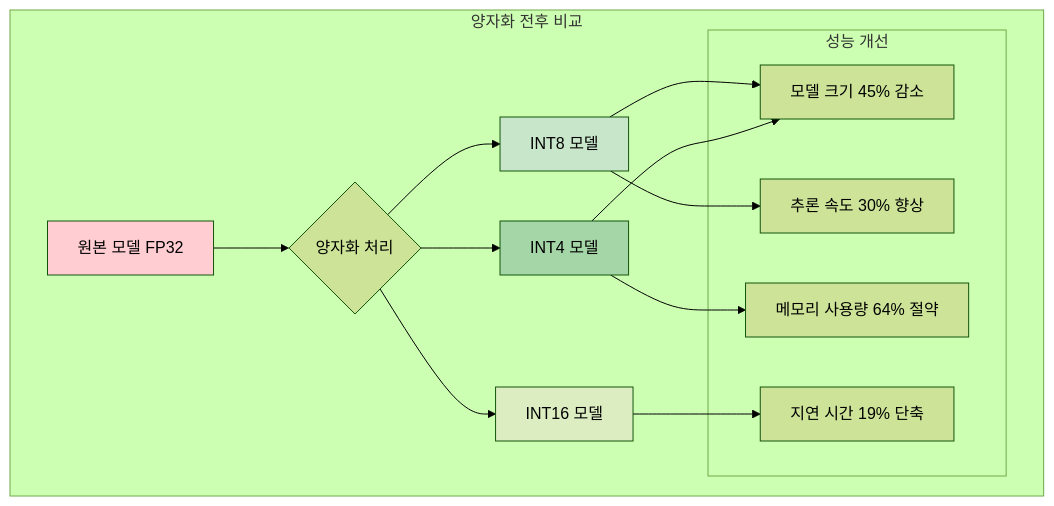
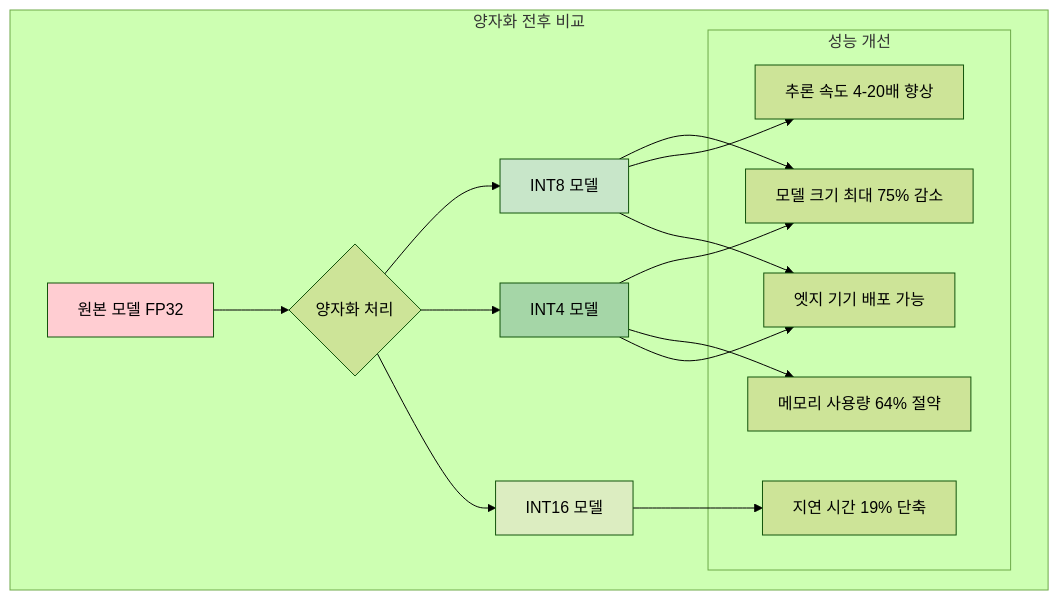
Before and after one commit to welnailetter-bot/welnailetter-bot.github.io: the fifth of 10 diagrams in _posts/2025-08-04-openai-whisper-comprehensive-guide.md, drawn with Mermaid (forest theme). The commit also changed other lines of this file and 6 other files, not shown here.

```diff
--- a/_posts/2025-08-04-openai-whisper-comprehensive-guide.md
+++ b/_posts/2025-08-04-openai-whisper-comprehensive-guide.md
@@ -245,27 +341,30 @@
 <div class="mermaid">
 graph TD
     subgraph Comparison["양자화 전후 비교"]
         A[원본 모델 FP32] --> B{양자화 처리}
         B --> C[INT8 모델]
         B --> D[INT4 모델]
         B --> E[INT16 모델]
         
         subgraph Performance["성능 개선"]
-            F[모델 크기 45% 감소]
-            G[추론 속도 30% 향상]
+            F[모델 크기 최대 75% 감소]
+            G[추론 속도 4-20배 향상]
             H[메모리 사용량 64% 절약]
             I[지연 시간 19% 단축]
+            J[엣지 기기 배포 가능]
         end
         
         C --> F
         C --> G
         D --> F
         D --> H
         E --> I
+        C --> J
+        D --> J
     end
     
     style A fill:#ffcdd2
     style C fill:#c8e6c9
     style D fill:#a5d6a7
     style E fill:#dcedc1
 </div>
```
